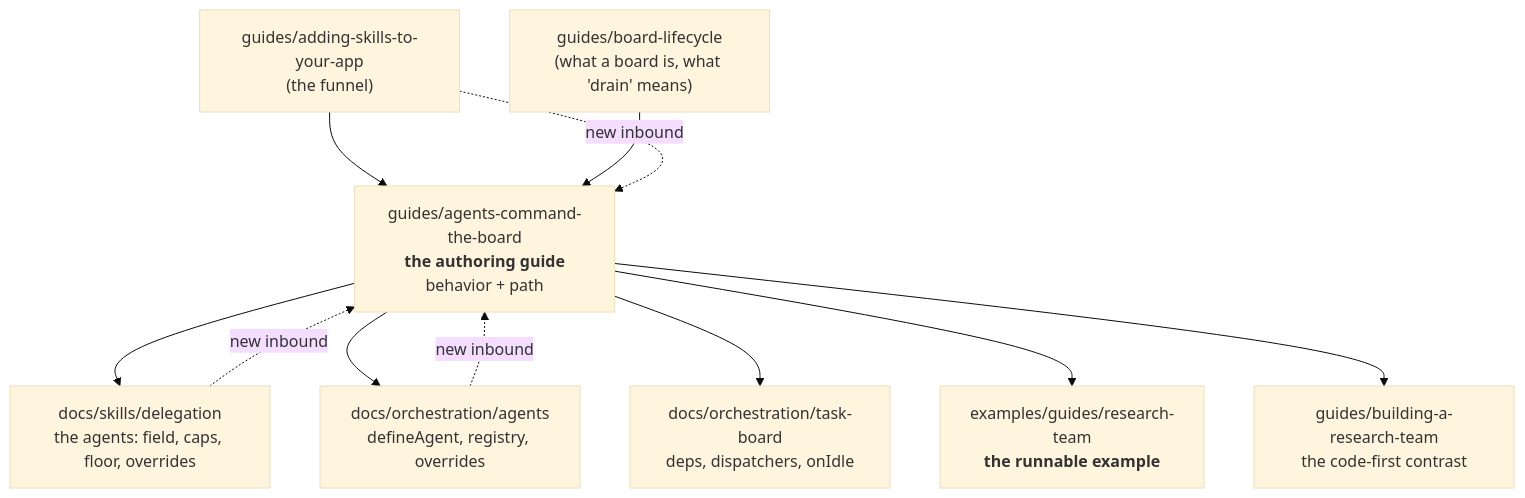
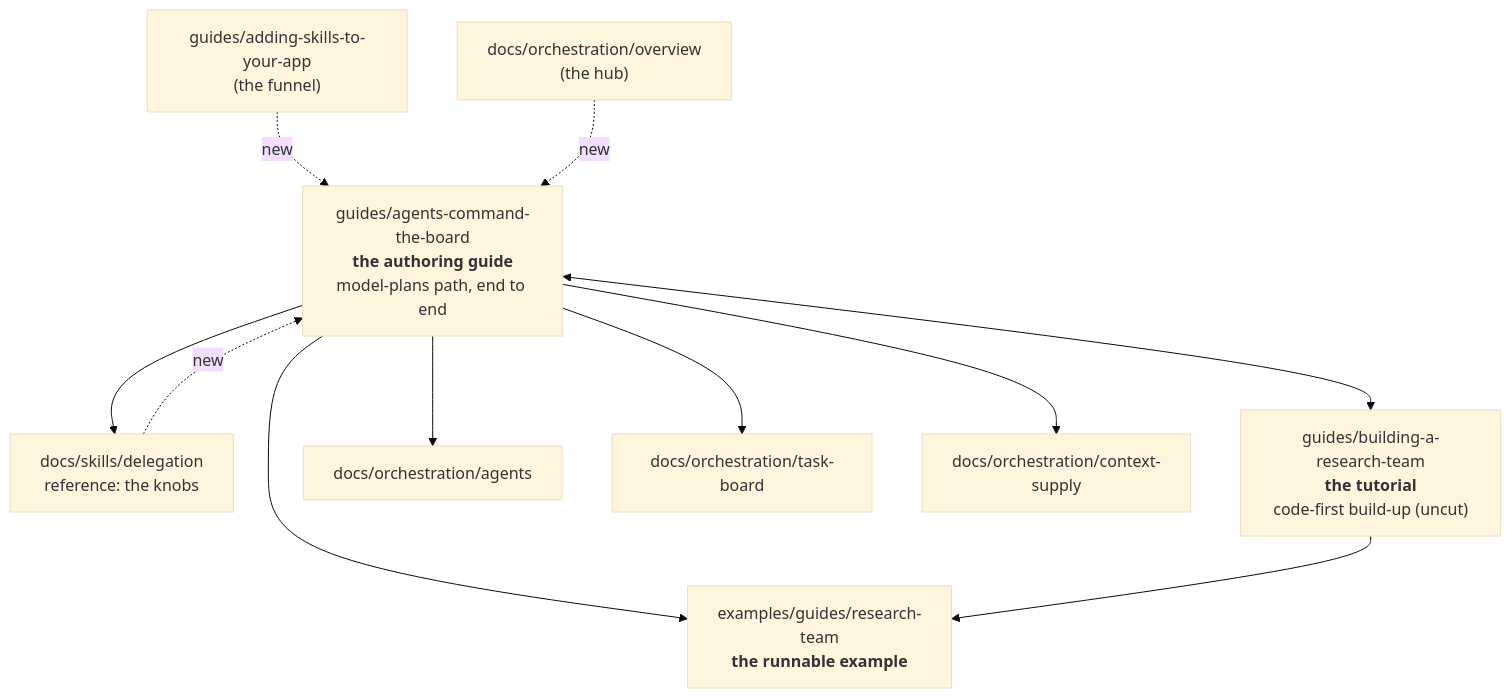
One commit to fixpoint-labs/flow-state-dev changed the diagram in docs/specs/FIX-932.md. Above: the diagram before and after it, drawn with Mermaid (base theme). The commit also changed other lines of this file, not shown here.

````diff
--- a/docs/specs/FIX-932.md
+++ b/docs/specs/FIX-932.md
@@ -263,14 +248,15 @@
 ```mermaid
 flowchart TD
-  A["guides/adding-skills-to-your-app<br/>(the funnel)"] --> G
-  B["guides/board-lifecycle<br/>(what a board is, what 'drain' means)"] --> G
-  G["guides/agents-command-the-board<br/><b>the authoring guide</b><br/>behavior + path"]
-  G --> R1["docs/skills/delegation<br/>the agents: field, caps, floor, overrides"]
-  G --> R2["docs/orchestration/agents<br/>defineAgent, registry, overrides"]
-  G --> R3["docs/orchestration/task-board<br/>deps, dispatchers, onIdle"]
+  A["guides/adding-skills-to-your-app<br/>(the funnel)"] -.new.-> G
+  R1["docs/skills/delegation<br/>reference: the knobs"] -.new.-> G
+  O["docs/orchestration/overview<br/>(the hub)"] -.new.-> G
+  G["guides/agents-command-the-board<br/><b>the authoring guide</b><br/>model-plans path, end to end"]
+  T["guides/building-a-research-team<br/><b>the tutorial</b><br/>code-first build-up (uncut)"]
+  G <--> T
+  G --> R1
+  G --> R2["docs/orchestration/agents"]
+  G --> R3["docs/orchestration/task-board"]
+  G --> R4["docs/orchestration/context-supply"]
   G --> E["examples/guides/research-team<br/><b>the runnable example</b>"]
-  G --> C["guides/building-a-research-team<br/>the code-first contrast"]
-  R1 -.new inbound.-> G
-  R2 -.new inbound.-> G
-  A -.new inbound.-> G
+  T --> E
 ```
````
